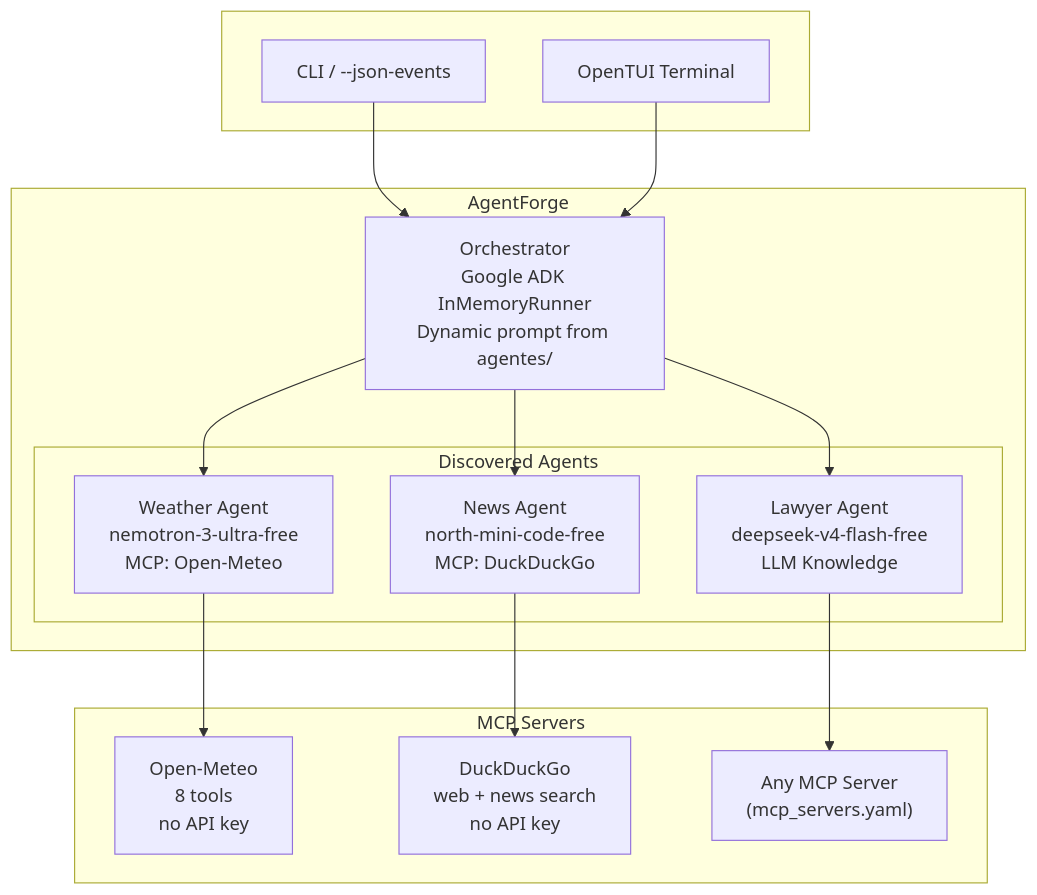
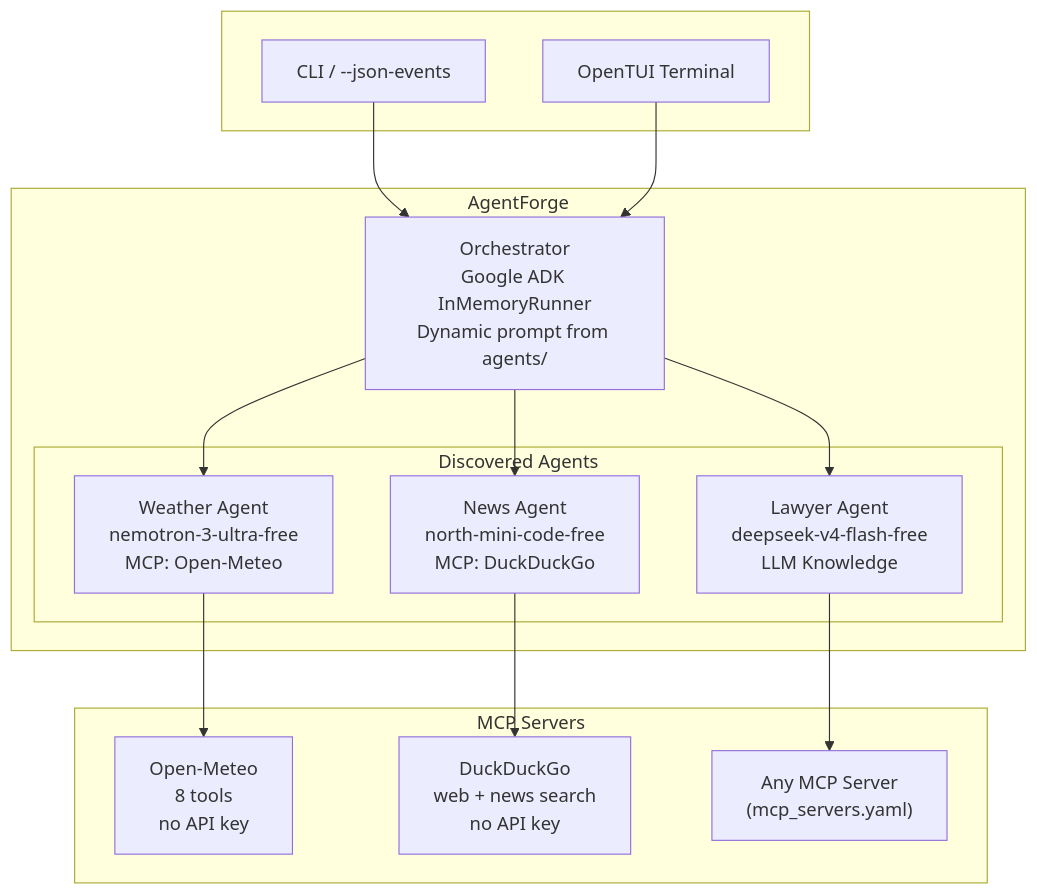
The diagram in README.md (FranckyCastell/agentforge), drawn with Mermaid before and after one commit. The commit also changed other lines of this file and 14 other files, not shown here.

````diff
--- a/README.md
+++ b/README.md
@@ -30,32 +30,32 @@
 ```mermaid
 flowchart TD
   subgraph User[" "]
     CLI["CLI / --json-events"]
     TUI["OpenTUI Terminal"]
   end
 
   subgraph Forge["AgentForge"]
-    ORQ["Orchestrator<br/>Google ADK InMemoryRunner<br/>Dynamic prompt from agentes/"]
+    ORQ["Orchestrator<br/>Google ADK InMemoryRunner<br/>Dynamic prompt from agents/"]
     
     subgraph Agents["Discovered Agents"]
       W["Weather Agent<br/>nemotron-3-ultra-free<br/>MCP: Open-Meteo"]
       N["News Agent<br/>north-mini-code-free<br/>MCP: DuckDuckGo"]
       L["Lawyer Agent<br/>deepseek-v4-flash-free<br/>LLM Knowledge"]
     end
   end
 
   subgraph MCP["MCP Servers"]
     OM["Open-Meteo<br/>8 tools<br/>no API key"]
     DDG["DuckDuckGo<br/>web + news search<br/>no API key"]
     ANY["Any MCP Server<br/>(mcp_servers.yaml)"]
   end
 
   CLI --> ORQ
   TUI --> ORQ
   ORQ --> W
   ORQ --> N
   ORQ --> L
   W --> OM
   N --> DDG
   L --> ANY
 ```
````
